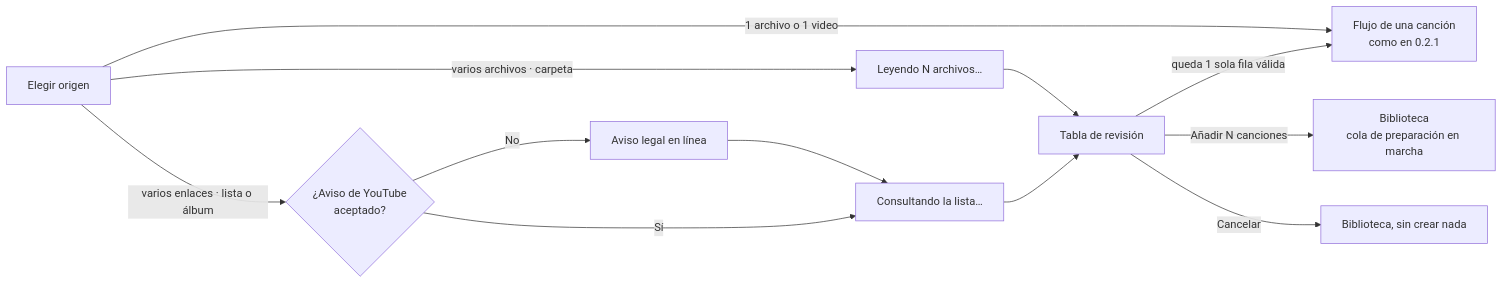
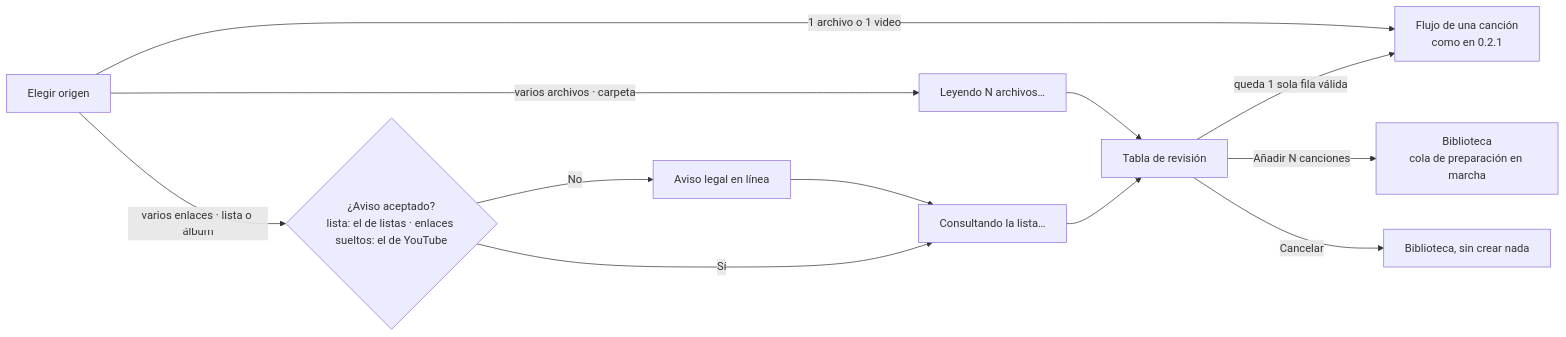
Before and after one commit to Gomonsoft/shinobidocs: the second of 2 diagrams in ux/03-anadir-cancion.md, drawn with Mermaid. The commit also changed other lines of this file, not shown here.

First line of the commit message:
Feature 7: aviso propio de las listas y datos de la lectura del lote en la spec 03 (F7-N5, F7-N9, F7-N17)

````diff
--- a/ux/03-anadir-cancion.md
+++ b/ux/03-anadir-cancion.md
@@ -412,13 +412,13 @@
 ```mermaid
 flowchart LR
     A[Elegir origen] -->|1 archivo o 1 video| U[Flujo de una canción<br/>como en 0.2.1]
     A -->|varios archivos · carpeta| AN[Leyendo N archivos…]
-    A -->|varios enlaces · lista o álbum| LE{¿Aviso de YouTube<br/>aceptado?}
+    A -->|varios enlaces · lista o álbum| LE{¿Aviso aceptado?<br/>lista: el de listas · enlaces sueltos: el de YouTube}
     LE -- No --> AV[Aviso legal en línea] --> LI
     LE -- Sí --> LI[Consultando la lista…]
     AN --> T[Tabla de revisión]
     LI --> T
     T -->|Añadir N canciones| B[Biblioteca<br/>cola de preparación en marcha]
     T -->|Cancelar| BIB[Biblioteca, sin crear nada]
     T -->|queda 1 sola fila válida| U
 ```
````
